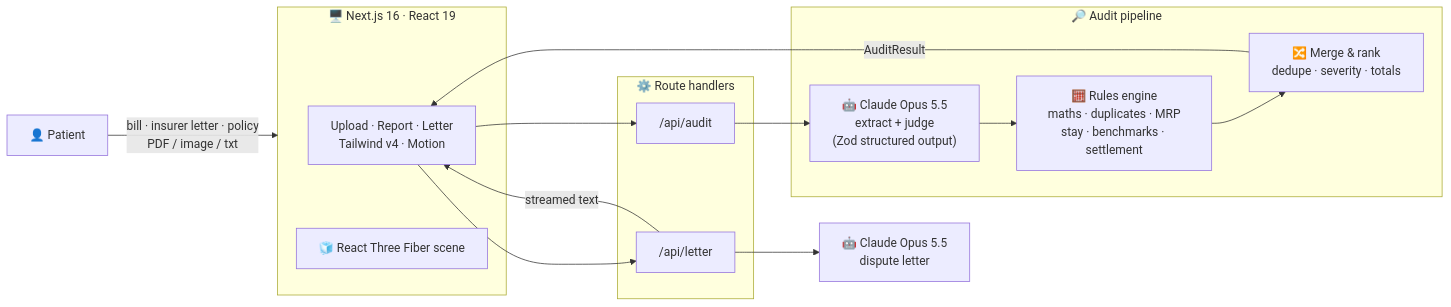
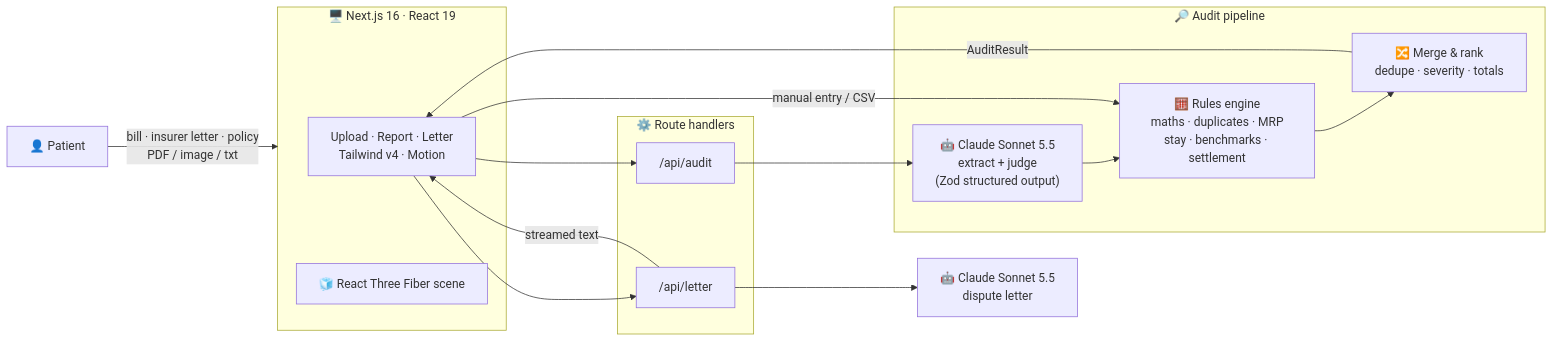
Before and after one commit to likith1231/billguard: the diagram in README.md, drawn with Mermaid. The commit also changed other lines of this file and 22 other files, not shown here.

First line of the commit message:
Free manual mode, PDF report, Sonnet default, live-API fixes and tests

````diff
--- a/README.md
+++ b/README.md
@@ -139,24 +144,25 @@
 ```mermaid
 flowchart LR
     U["👤 Patient"] -->|"bill · insurer letter · policy<br/>PDF / image / txt"| FE
 
     subgraph FE["🖥️ Next.js 16 · React 19"]
         UI["Upload · Report · Letter<br/>Tailwind v4 · Motion"]
         R3F["🧊 React Three Fiber scene"]
     end
 
     subgraph API["⚙️ Route handlers"]
         A["/api/audit"]
         L["/api/letter"]
     end
 
     subgraph AUDIT["🔎 Audit pipeline"]
-        C["🤖 Claude Opus 5.5<br/>extract + judge<br/>(Zod structured output)"]
+        C["🤖 Claude Sonnet 5.5<br/>extract + judge<br/>(Zod structured output)"]
         RU["🧮 Rules engine<br/>maths · duplicates · MRP<br/>stay · benchmarks · settlement"]
         M["🔀 Merge & rank<br/>dedupe · severity · totals"]
     end
 
     UI --> A --> C --> RU --> M -->|AuditResult| UI
     UI --> L -->|"streamed text"| UI
-    L --> C2["🤖 Claude Opus 5.5<br/>dispute letter"]
+    L --> C2["🤖 Claude Sonnet 5.5<br/>dispute letter"]
+    UI -->|"manual entry / CSV"| RU
 ```
````
